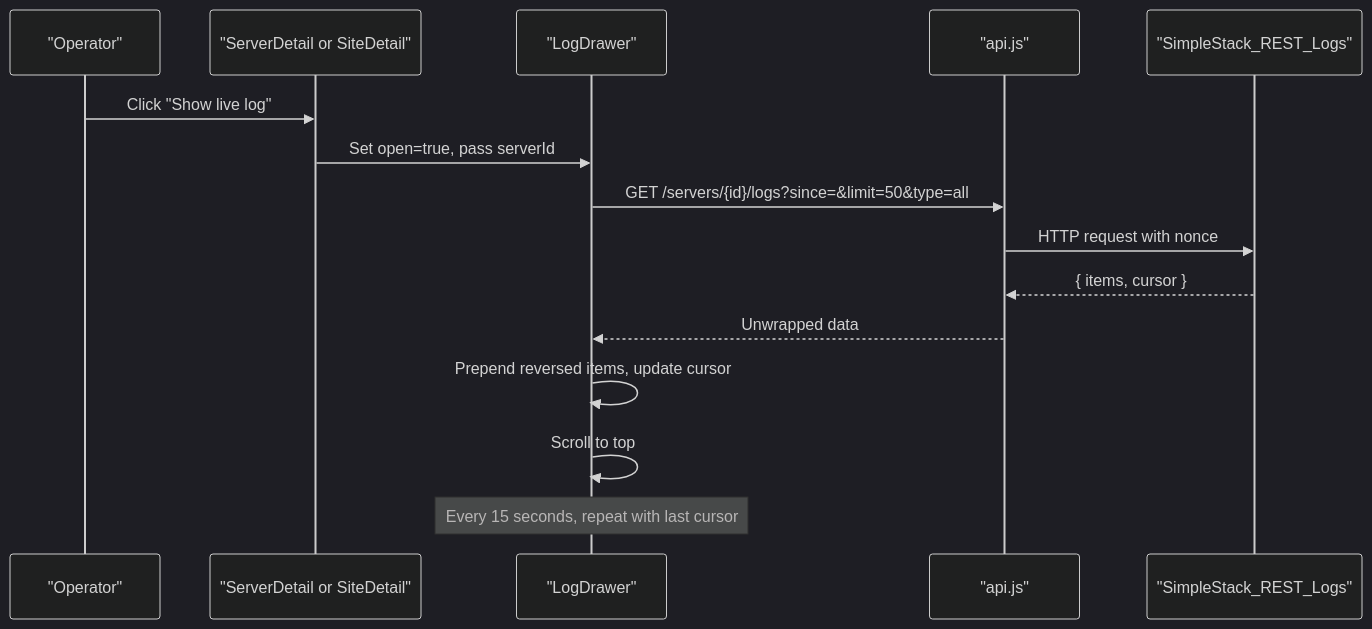
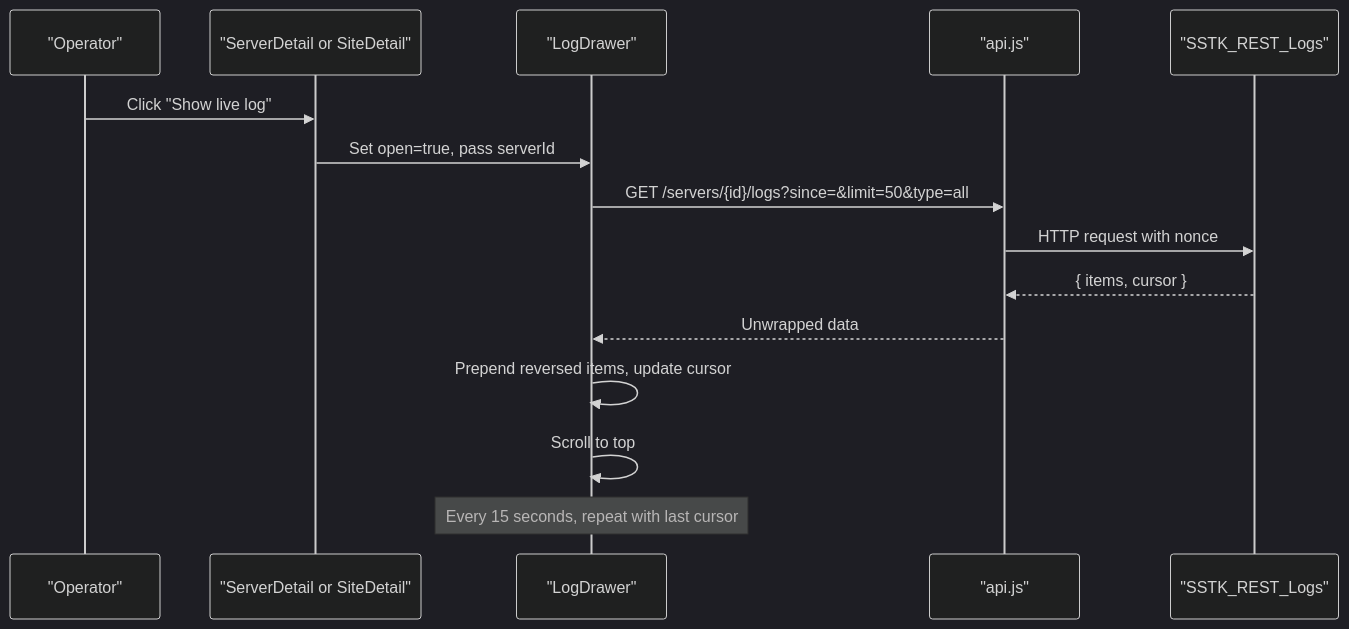
Before and after one commit to onedogsolutions/simple-stack: the second of 5 diagrams in .qoder/repowiki/en/content/React Admin Interface/UI Components Library/LogDrawer Component.md, drawn with Mermaid (dark theme). The commit also changed other lines of this file and 5941 other files, not shown here.

First line of the commit message:
refactor(core): rebrand WPCloudDeploy to Simple Stack with new namespaces and prefixes

````diff
--- a/.qoder/repowiki/en/content/React Admin Interface/UI Components Library/LogDrawer Component.md
+++ b/.qoder/repowiki/en/content/React Admin Interface/UI Components Library/LogDrawer Component.md
@@ -93,17 +93,17 @@
 ```mermaid
 sequenceDiagram
 participant User as "Operator"
 participant Route as "ServerDetail or SiteDetail"
 participant Drawer as "LogDrawer"
 participant Client as "api.js"
-participant REST as "SimpleStack_REST_Logs"
+participant REST as "SSTK_REST_Logs"
 User->>Route : Click "Show live log"
 Route->>Drawer : Set open=true, pass serverId
 Drawer->>Client : GET /servers/{id}/logs?since=&limit=50&type=all
 Client->>REST : HTTP request with nonce
 REST-->>Client : { items, cursor }
 Client-->>Drawer : Unwrapped data
 Drawer->>Drawer : Prepend reversed items, update cursor
 Drawer->>Drawer : Scroll to top
 Note over Drawer : Every 15 seconds, repeat with last cursor
 ```
````
